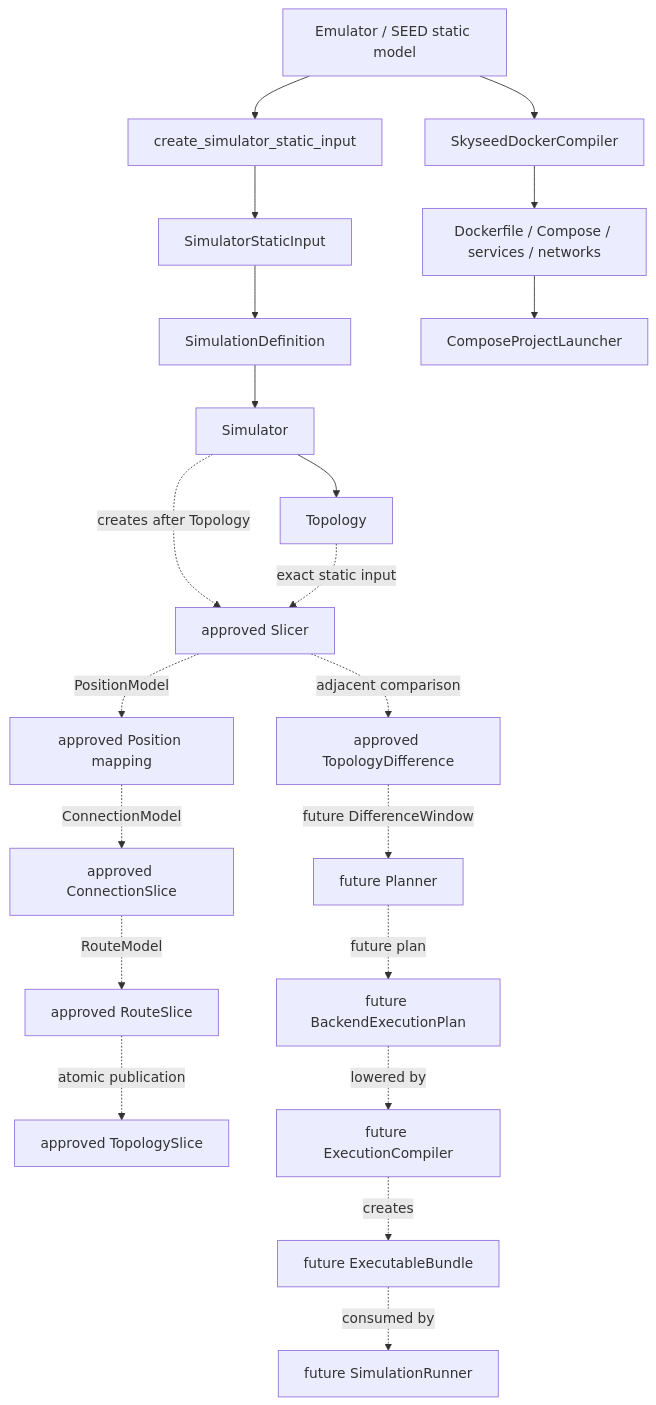
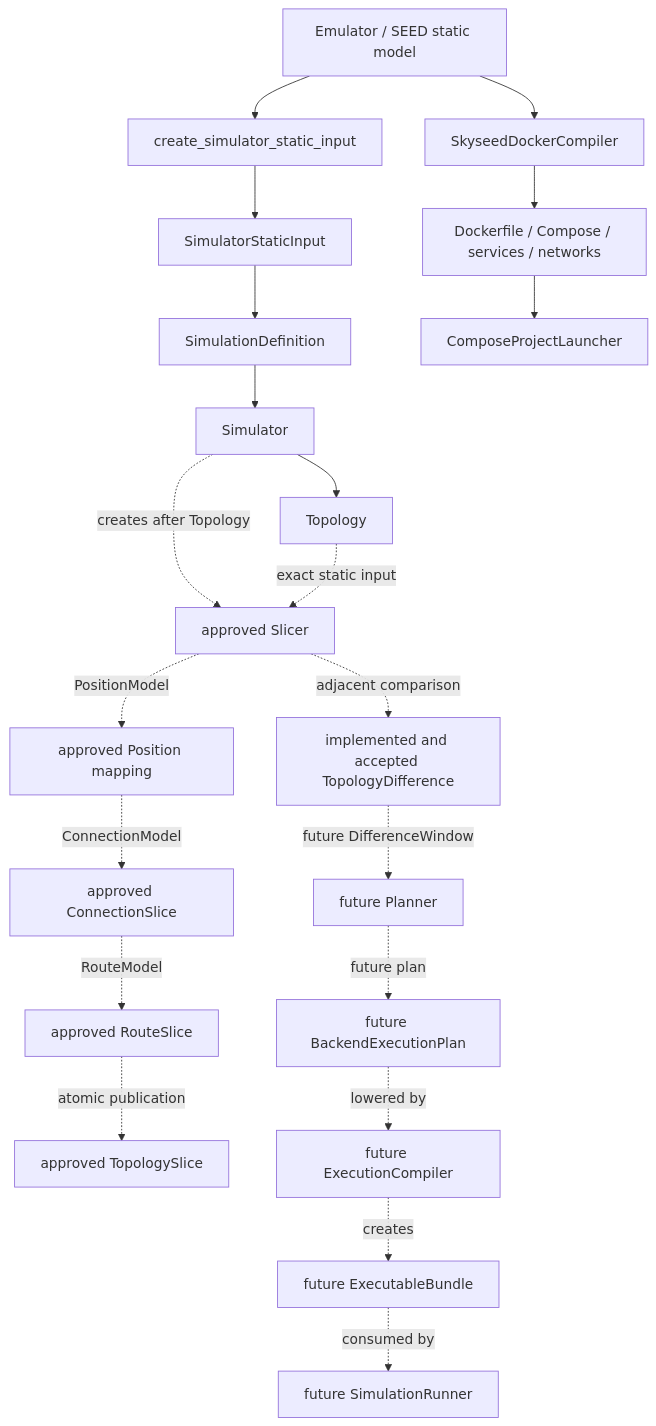
Before and after one commit to seed-labs/skyseed: the eighth of 9 diagrams in skyseed_v2/docs/architecture/diagrams.md, drawn with Mermaid. The commit also changed other lines of this file and 18 other files, not shown here.

Commit message:
feat: add topology difference

````diff
--- a/skyseed_v2/docs/architecture/diagrams.md
+++ b/skyseed_v2/docs/architecture/diagrams.md
@@ -275,25 +276,25 @@
 ```mermaid
 flowchart TD
     E[Emulator / SEED static model]
     E --> ADAPT[create_simulator_static_input]
     ADAPT --> INPUT[SimulatorStaticInput]
     INPUT --> DEF[SimulationDefinition]
     DEF --> SIM[Simulator]
     SIM --> TOP[Topology]
     SIM -. creates after Topology .-> SLICER[approved Slicer]
     TOP -. exact static input .-> SLICER
     SLICER -. PositionModel .-> POS[approved Position mapping]
     POS -. ConnectionModel .-> CONN[approved ConnectionSlice]
     CONN -. RouteModel .-> ROUTE[approved RouteSlice]
     ROUTE -. atomic publication .-> SLICE[approved TopologySlice]
-    SLICER -. adjacent comparison .-> DIFF[approved TopologyDifference]
+    SLICER -. adjacent comparison .-> DIFF[implemented and accepted TopologyDifference]
     DIFF -. future DifferenceWindow .-> PLAN[future Planner]
     PLAN -. future plan .-> BACK[future BackendExecutionPlan]
     BACK -. lowered by .-> EXEC[future ExecutionCompiler]
     EXEC -. creates .-> BUNDLE[future ExecutableBundle]
     BUNDLE -. consumed by .-> RUN[future SimulationRunner]
 
     E --> DOCKER[SkyseedDockerCompiler]
     DOCKER --> DEPLOY[Dockerfile / Compose / services / networks]
     DEPLOY --> LAUNCH[ComposeProjectLauncher]
 ```
````
